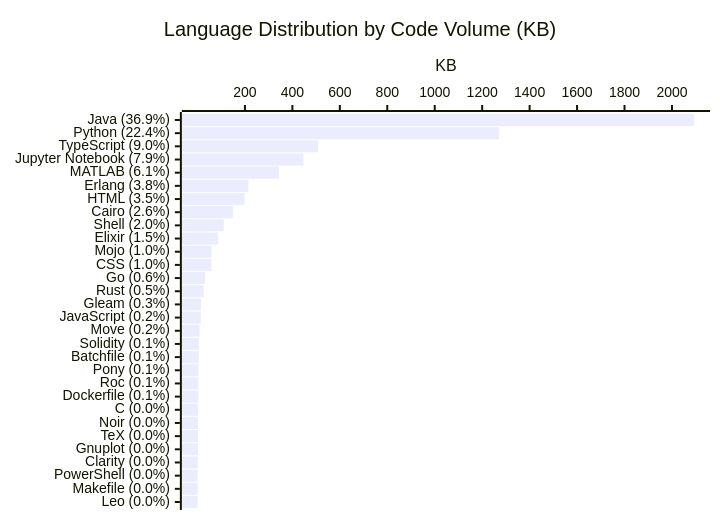
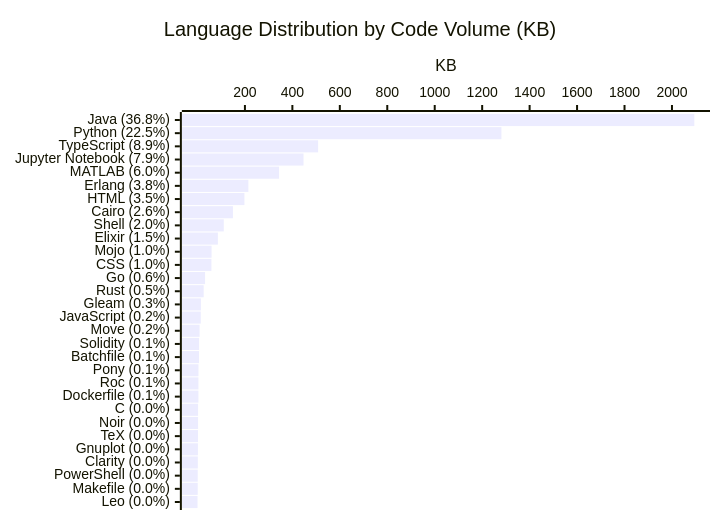
One commit to KathiraveluLab/.github changed the diagram in profile/README.md. Above: the diagram before and after it, drawn with Mermaid. The commit also changed other lines of this file and 1 other file, not shown here.

````diff
--- a/profile/README.md
+++ b/profile/README.md
@@ -65,7 +65,7 @@
 ```mermaid
 xychart-beta horizontal
     title "Language Distribution by Code Volume (KB)"
-    x-axis ["Java (36.9%)", "Python (22.4%)", "TypeScript (9.0%)", "Jupyter Notebook (7.9%)", "MATLAB (6.1%)", "Erlang (3.8%)", "HTML (3.5%)", "Cairo (2.6%)", "Shell (2.0%)", "Elixir (1.5%)", "Mojo (1.0%)", "CSS (1.0%)", "Go (0.6%)", "Rust (0.5%)", "Gleam (0.3%)", "JavaScript (0.2%)", "Move (0.2%)", "Solidity (0.1%)", "Batchfile (0.1%)", "Pony (0.1%)", "Roc (0.1%)", "Dockerfile (0.1%)", "C (0.0%)", "Noir (0.0%)", "TeX (0.0%)", "Gnuplot (0.0%)", "Clarity (0.0%)", "PowerShell (0.0%)", "Makefile (0.0%)", "Leo (0.0%)"]
+    x-axis ["Java (36.8%)", "Python (22.5%)", "TypeScript (8.9%)", "Jupyter Notebook (7.9%)", "MATLAB (6.0%)", "Erlang (3.8%)", "HTML (3.5%)", "Cairo (2.6%)", "Shell (2.0%)", "Elixir (1.5%)", "Mojo (1.0%)", "CSS (1.0%)", "Go (0.6%)", "Rust (0.5%)", "Gleam (0.3%)", "JavaScript (0.2%)", "Move (0.2%)", "Solidity (0.1%)", "Batchfile (0.1%)", "Pony (0.1%)", "Roc (0.1%)", "Dockerfile (0.1%)", "C (0.0%)", "Noir (0.0%)", "TeX (0.0%)", "Gnuplot (0.0%)", "Clarity (0.0%)", "PowerShell (0.0%)", "Makefile (0.0%)", "Leo (0.0%)"]
     y-axis "KB"
-    bar [2094.22, 1270.69, 508.57, 446.9, 343.93, 214.61, 197.81, 149.42, 110.91, 85.96, 59.44, 58.73, 32.03, 26.08, 14.6, 13.89, 8.83, 6.65, 6.48, 4.14, 4.09, 3.9, 2.58, 2.46, 2.29, 1.82, 1.53, 1.02, 0.99, 0.27]
+    bar [2094.22, 1281.15, 508.57, 446.9, 343.93, 214.61, 197.81, 149.42, 110.91, 85.96, 59.44, 58.73, 32.03, 26.08, 14.6, 13.89, 8.83, 6.65, 6.48, 4.14, 4.09, 3.9, 2.58, 2.46, 2.29, 1.82, 1.53, 1.02, 0.99, 0.27]
 ```
````
